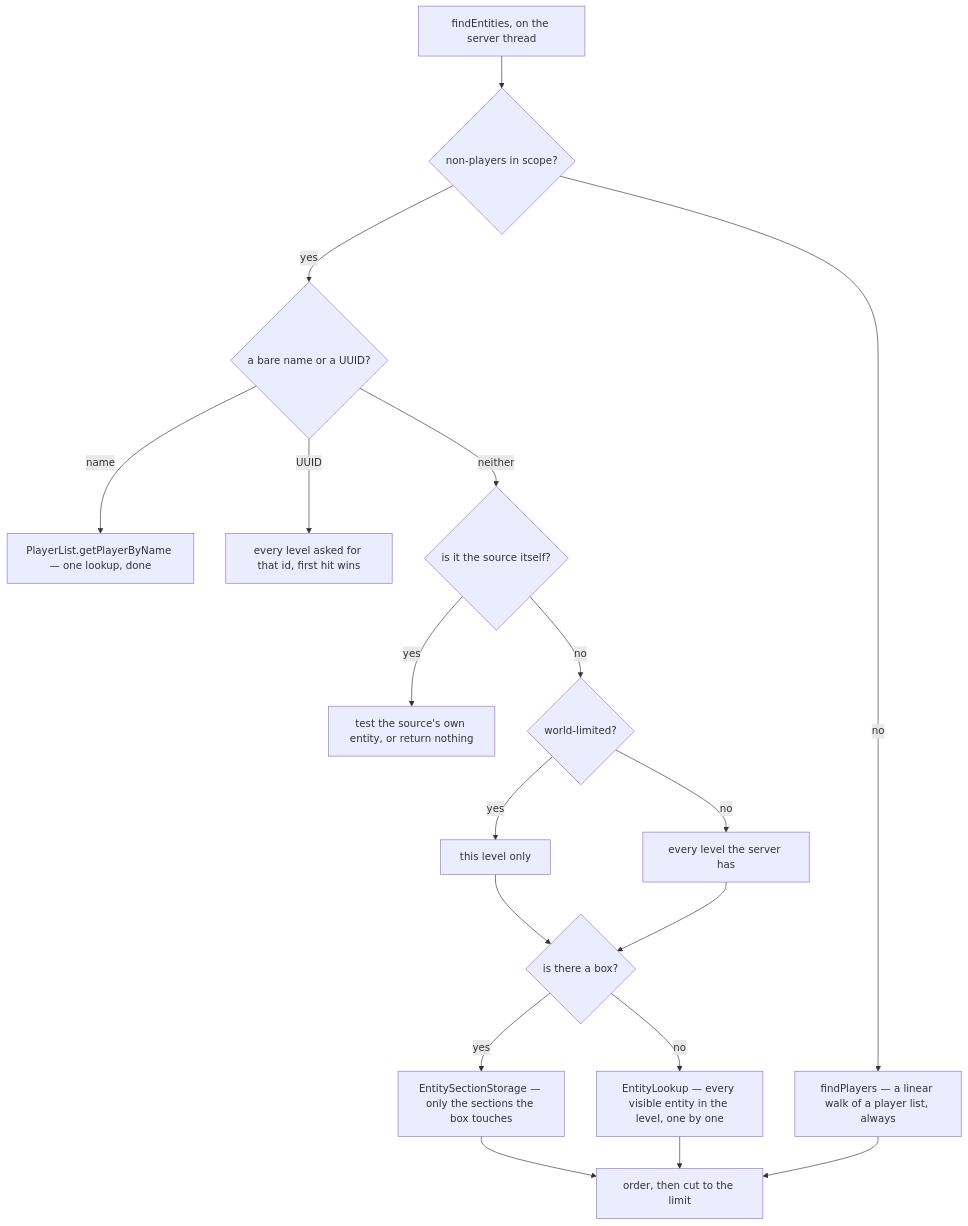
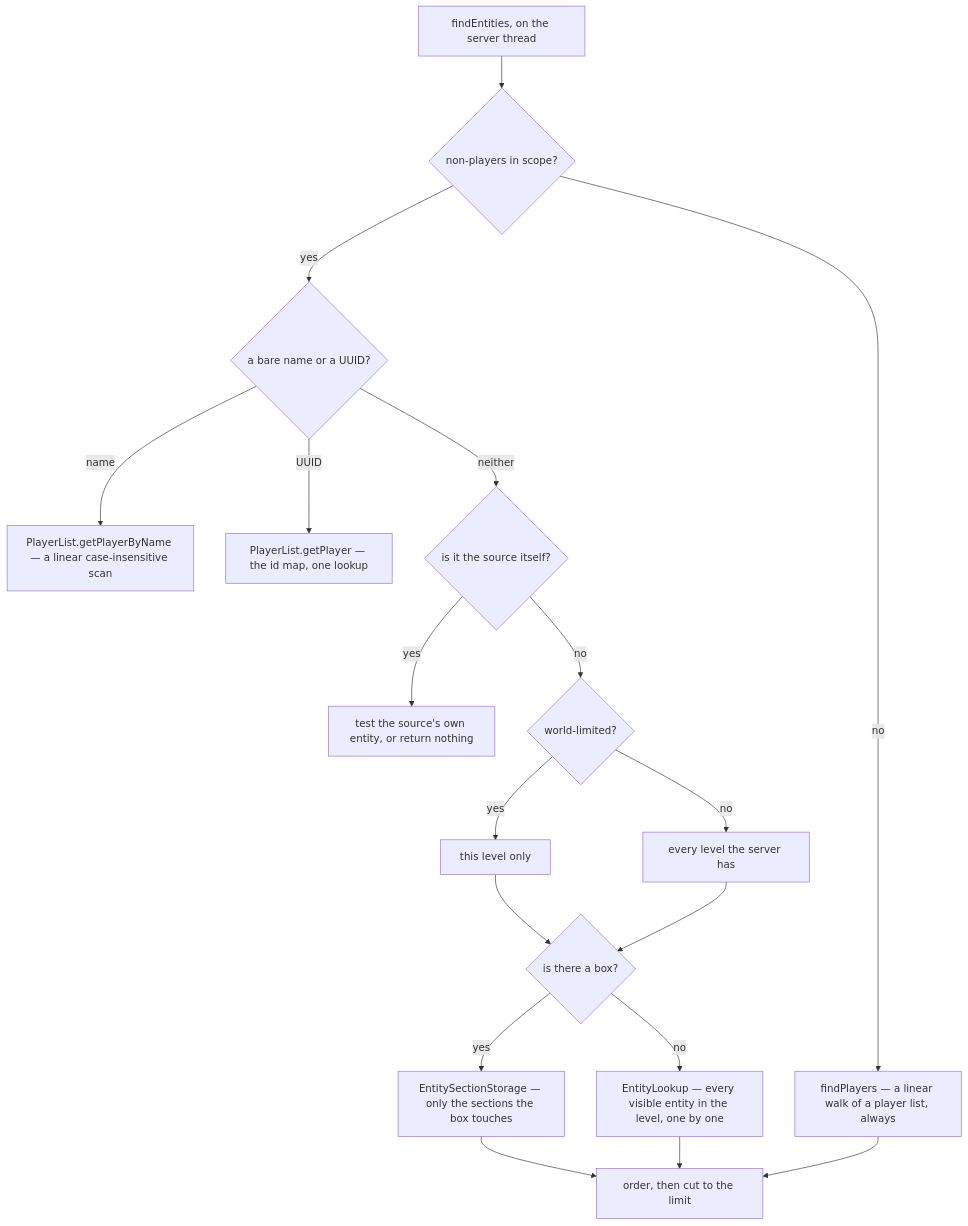
The second of 2 diagrams in src/systems/commands/entity-selectors.md (AlexanderjFraser/MinecraftDocs), drawn with Mermaid before and after one commit. The commit also changed other lines of this file and 1 other file, not shown here.

````diff
--- a/src/systems/commands/entity-selectors.md
+++ b/src/systems/commands/entity-selectors.md
@@ -168,20 +172,20 @@
 ```mermaid
 flowchart TB
     A["findEntities, on the server thread"] --> B{"non-players in scope?"}
     B -- no --> P["findPlayers — a linear walk of a player list, always"]
     B -- yes --> C{"a bare name or a UUID?"}
-    C -- name --> N["PlayerList.getPlayerByName — one lookup, done"]
-    C -- UUID --> U["every level asked for that id, first hit wins"]
+    C -- name --> N["PlayerList.getPlayerByName — a linear case-insensitive scan"]
+    C -- UUID --> U["PlayerList.getPlayer — the id map, one lookup"]
     C -- neither --> D{"is it the source itself?"}
     D -- yes --> S["test the source's own entity, or return nothing"]
     D -- no --> E{"world-limited?"}
     E -- yes --> F["this level only"]
     E -- no --> G["every level the server has"]
     F --> H{"is there a box?"}
     G --> H
     H -- yes --> I["EntitySectionStorage — only the sections the box touches"]
     H -- no --> J["EntityLookup — every visible entity in the level, one by one"]
     I --> K["order, then cut to the limit"]
     J --> K
     P --> K
 ```
````
